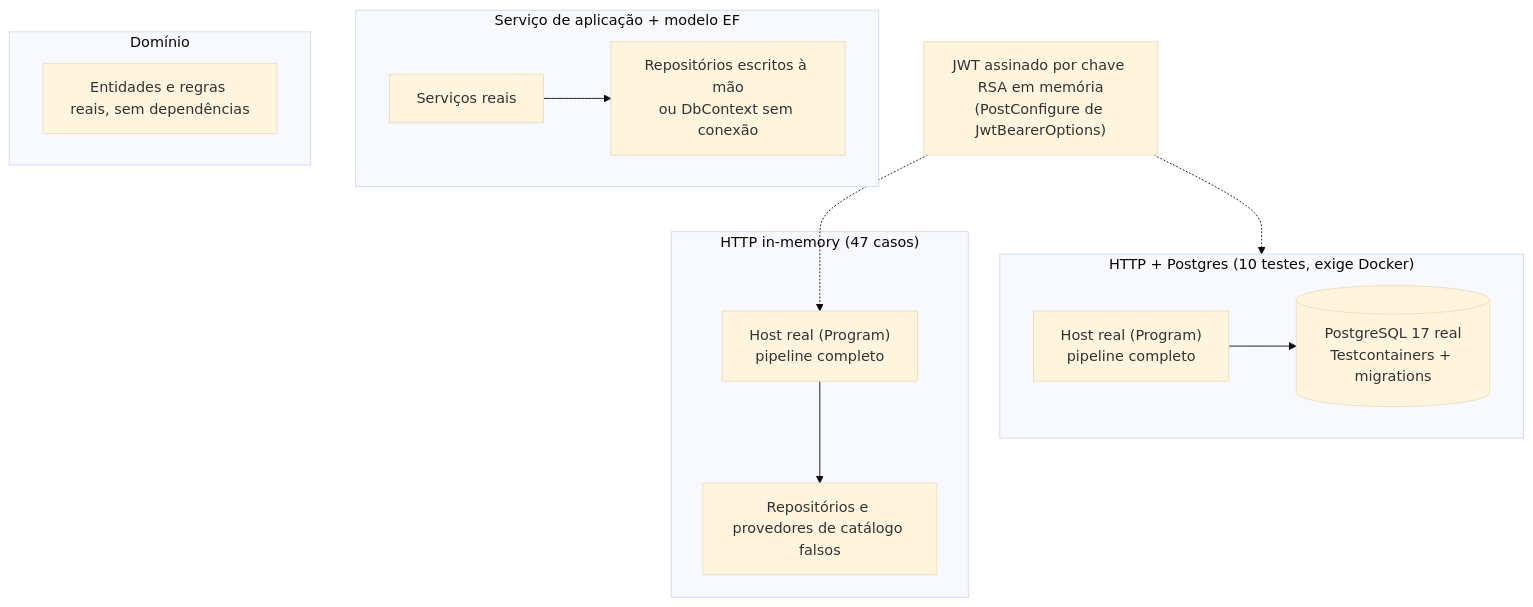
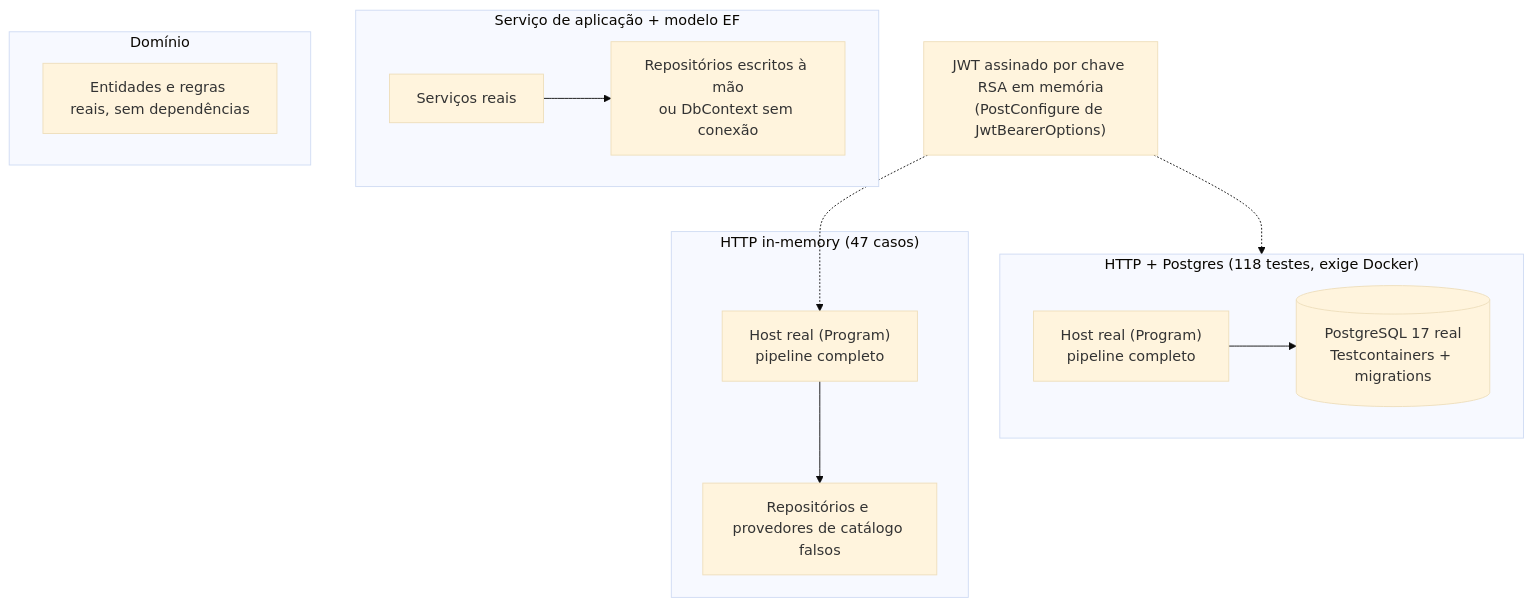
The first of 3 diagrams in .docs/TESTING.md (brunolucildo/reelix), drawn with Mermaid (base theme) before and after one commit. The commit also changed other lines of this file and 5 other files, not shown here.

````diff
--- a/.docs/TESTING.md
+++ b/.docs/TESTING.md
@@ -13,18 +13,18 @@
 ```mermaid
 flowchart TB
-  subgraph PG["HTTP + Postgres (10 testes, exige Docker)"]
+  subgraph PG["HTTP + Postgres (118 testes, exige Docker)"]
     direction LR
     H2["Host real (Program)<br/>pipeline completo"] --> DB[("PostgreSQL 17 real<br/>Testcontainers + migrations")]
   end
   subgraph MEM["HTTP in-memory (47 casos)"]
     H1["Host real (Program)<br/>pipeline completo"] --> FK["Repositórios e provedores de catálogo falsos"]
   end
   subgraph SVC["Serviço de aplicação + modelo EF"]
     S["Serviços reais"] --> R["Repositórios escritos à mão<br/>ou DbContext sem conexão"]
   end
   subgraph DOM["Domínio"]
     D["Entidades e regras reais, sem dependências"]
   end
   JWT["JWT assinado por chave RSA em memória<br/>(PostConfigure de JwtBearerOptions)"] -.-> H1
   JWT -.-> H2
 ```
````
